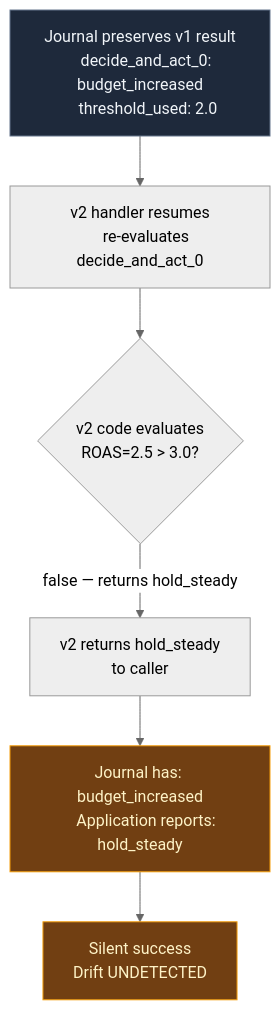
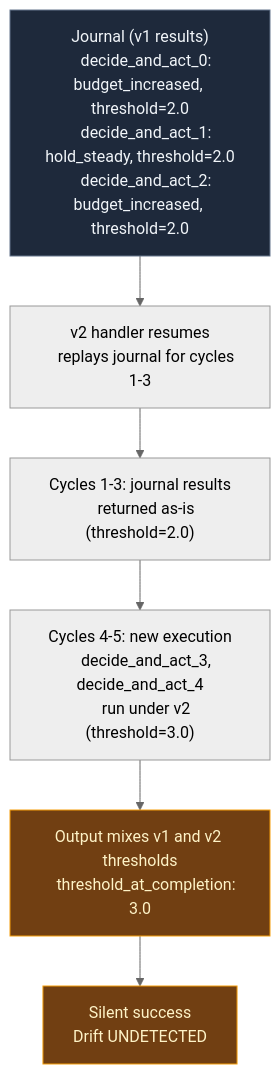
Before and after one commit to tushdante/temporal-agentic-ad-manager: the second of 2 diagrams in README.md, drawn with Mermaid (neutral theme).

Commit message:
Fix Restate architecture diagram to reflect per-cycle journal entries

````diff
--- a/README.md
+++ b/README.md
@@ -156,19 +156,21 @@
 ```mermaid
 flowchart TD
-    A["Journal preserves v1 result
-    decide_and_act_0: budget_increased
-    threshold_used: 2.0"] --> B["v2 handler resumes
-    re-evaluates decide_and_act_0"]
-    B --> C{"v2 code evaluates
-    ROAS=2.5 > 3.0?"}
-    C -->|"false — returns hold_steady"| D["v2 returns hold_steady
-    to caller"]
-    D --> E["Journal has: budget_increased
-    Application reports: hold_steady"]
+    A["Journal (v1 results)
+    decide_and_act_0: budget_increased, threshold=2.0
+    decide_and_act_1: hold_steady, threshold=2.0
+    decide_and_act_2: budget_increased, threshold=2.0"] --> B["v2 handler resumes
+    replays journal for cycles 1-3"]
+    B --> C["Cycles 1-3: journal results
+    returned as-is (threshold=2.0)"]
+    C --> D["Cycles 4-5: new execution
+    decide_and_act_3, decide_and_act_4
+    run under v2 (threshold=3.0)"]
+    D --> E["Output mixes v1 and v2 thresholds
+    threshold_at_completion: 3.0"]
     E --> F["Silent success
     Drift UNDETECTED"]
 
     style A fill:#1e293b,stroke:#64748b,color:#f1f5f9
     style E fill:#713f12,stroke:#f59e0b,color:#fef3c7
     style F fill:#713f12,stroke:#f59e0b,color:#fef3c7
 ```
````
